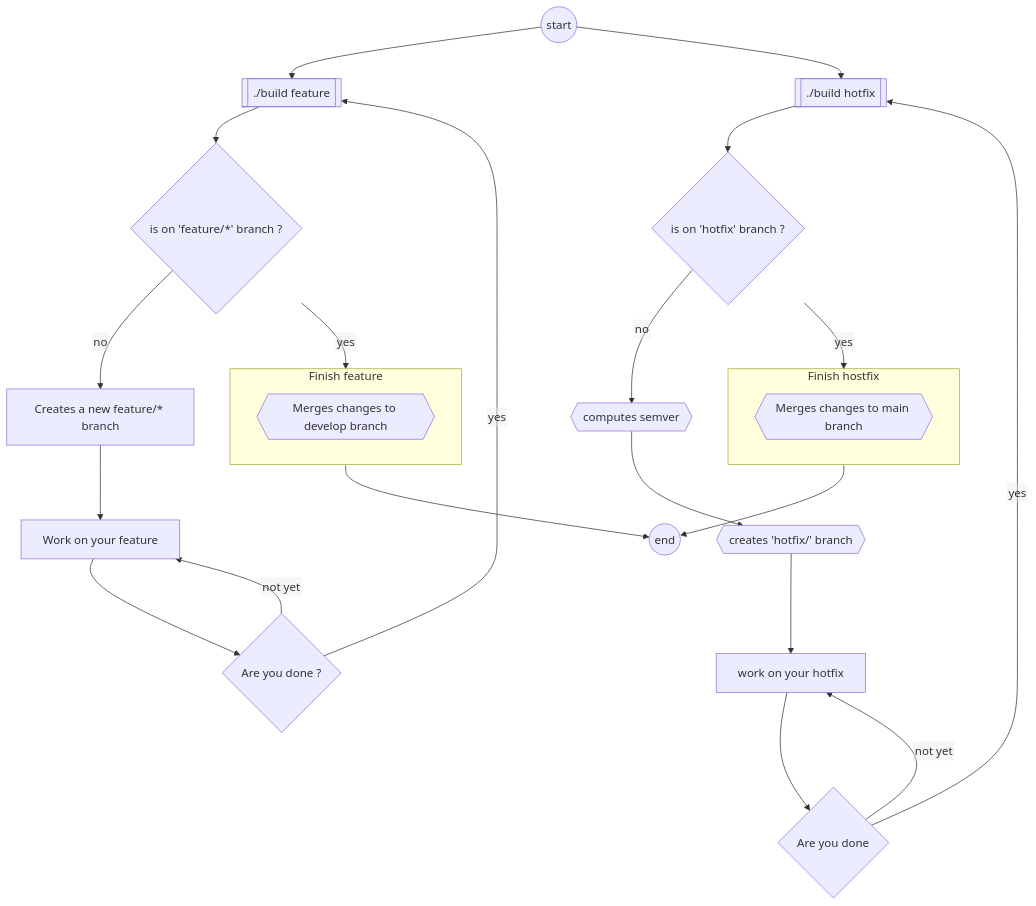
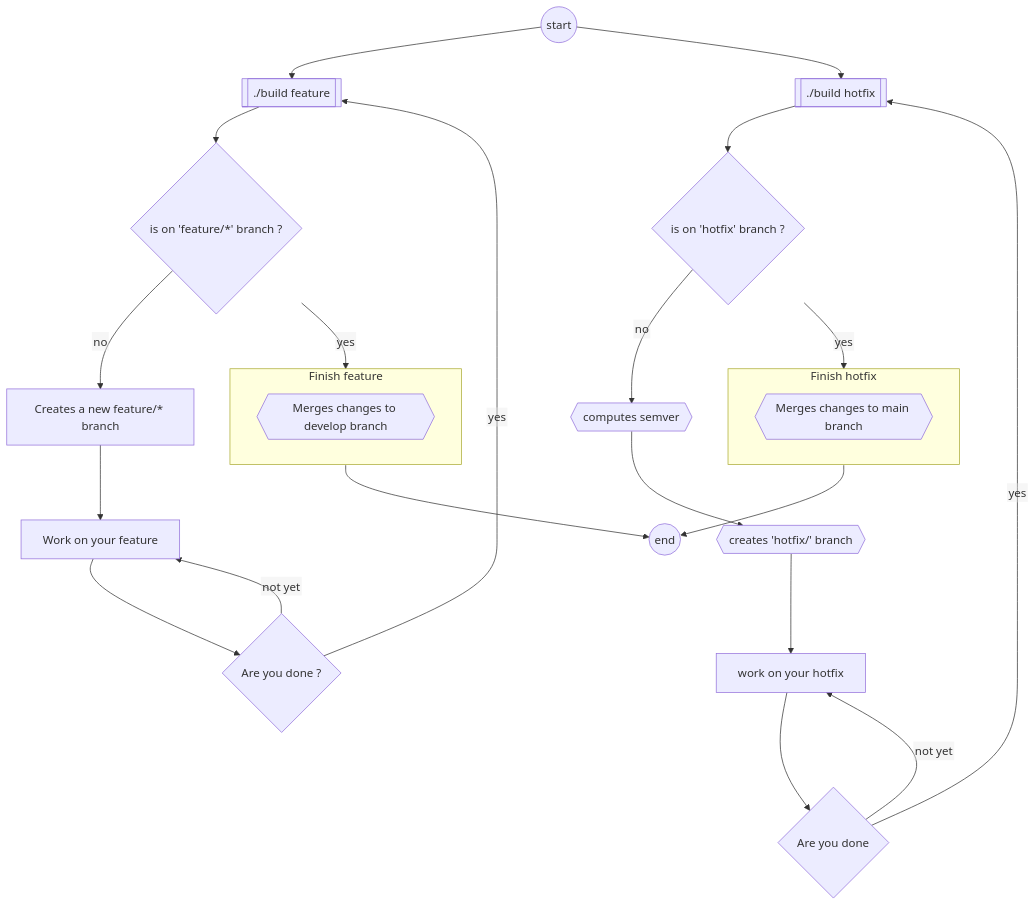
Before and after one commit to candoumbe/Pipelines: the first of 2 diagrams in README.md, drawn with Mermaid. The commit also changed other lines of this file and 4 other files, not shown here.

````diff
--- a/README.md
+++ b/README.md
@@ -106,32 +106,32 @@
 ```mermaid
 %%{init: {"flowchart": {"htmlLabels": false}} }%%
 flowchart
     A((start)) --> B[["./build feature"]]
     A -->O[["./build hotfix"]]
     O --> P{is on 'hotfix' branch ?}
     P -- yes --> finish-hotfix
     P -- no --> Q{{computes semver}}
     Q --> R{{creates 'hotfix/<semver>' branch}}
     R --> S[work on your hotfix]
     S --> T{Are you done}
     T -- yes --> O
     T -- not yet --> S
     B --> C{is on 'feature/*' branch ?}
     C -- yes --> finish-feature
     C -- no --> D[Creates a new feature/* branch]
     D --> E[Work on your feature]
     E --> F{Are you done ?}
     F --yes --> B
     F -- not yet --> E
 
     subgraph finish-feature[Finish feature]
       N{{Merges changes to develop branch}}
     end
     
-    subgraph finish-hotfix[Finish hostfix]
+    subgraph finish-hotfix[Finish hotfix]
        Y{{Merges changes to main branch}}
     end
 
     finish-hotfix --> Z
     finish-feature --> Z((end))
 ```
````
